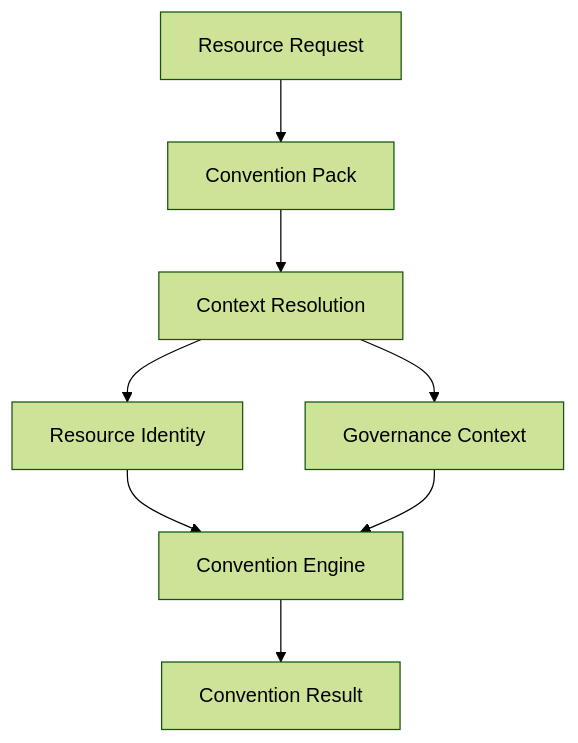
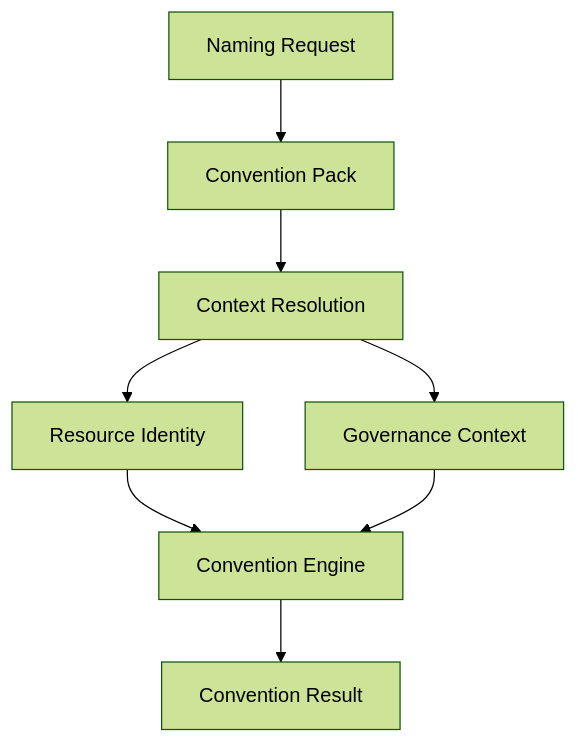
The diagram in specification/naming-request.md (lksnext/iac-resource-conventions), drawn with Mermaid (forest theme) before and after one commit. The commit also changed other lines of this file and 9 other files, not shown here.

````diff
--- a/specification/naming-request.md
+++ b/specification/naming-request.md
@@ -45,10 +48,10 @@
 ```mermaid
 flowchart TD
-    RR["Resource Request"] --> CP["Convention Pack"]
+    NR["Naming Request"] --> CP["Convention Pack"]
     CP --> CR["Context Resolution"]
     CR --> RI["Resource Identity"]
     CR --> GC["Governance Context"]
     RI --> CE["Convention Engine"]
     GC --> CE
     CE --> Result["Convention Result"]
 ```
````
